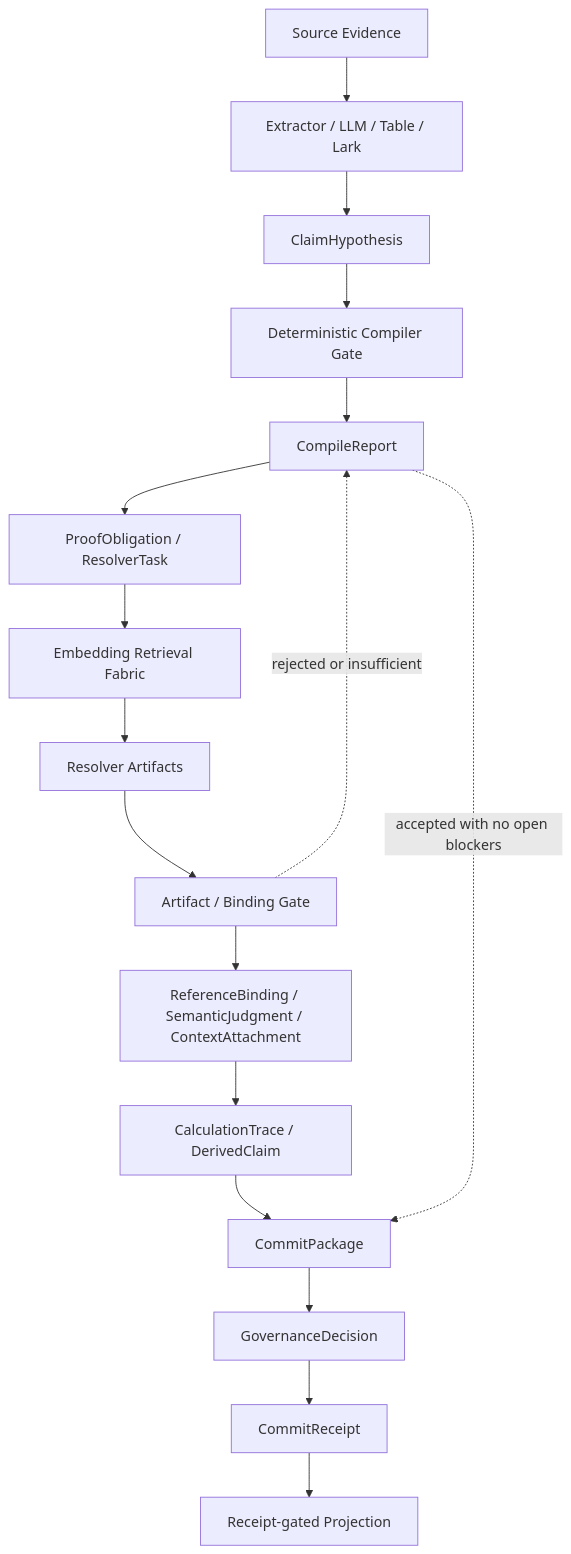
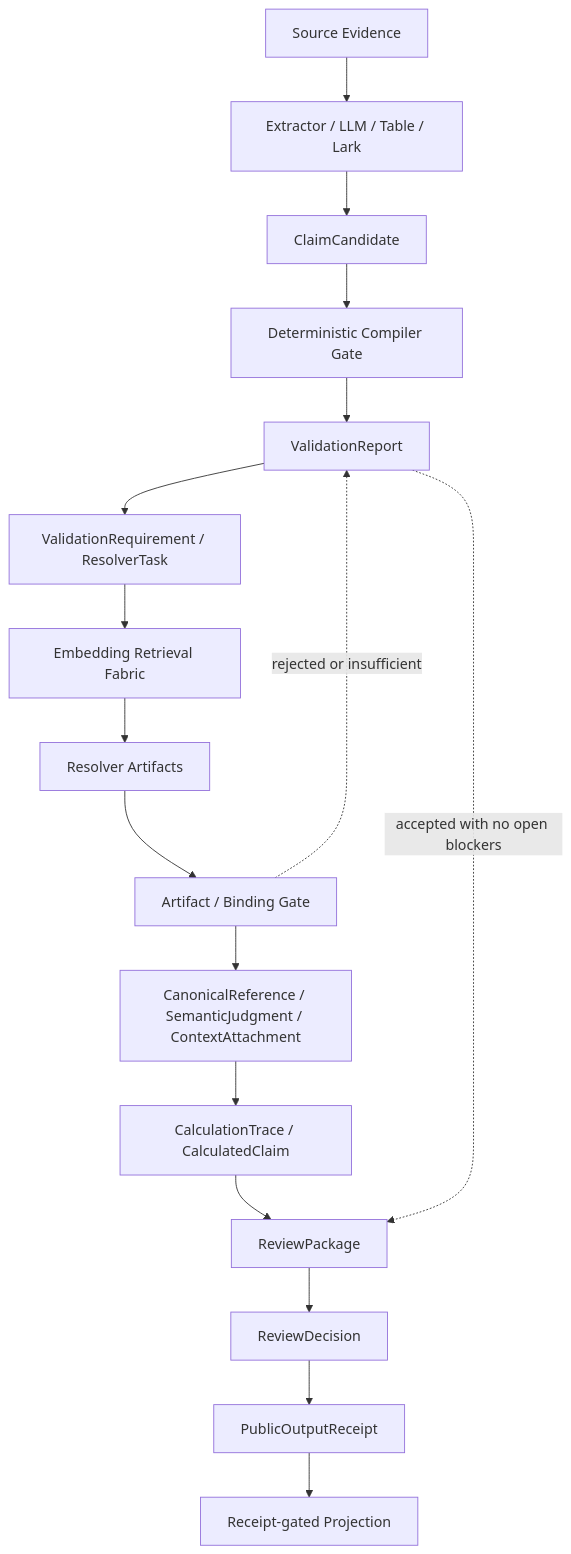
The first of 3 diagrams in docs/architecture/retrieval-fabric-north-star.md (minntcho/comp), drawn with Mermaid before and after one commit. The commit also changed other lines of this file and 139 other files, not shown here.

````diff
--- a/docs/architecture/retrieval-fabric-north-star.md
+++ b/docs/architecture/retrieval-fabric-north-star.md
@@ -51,36 +51,36 @@
 ```mermaid
 flowchart TD
     source["Source Evidence"]
     extractor["Extractor / LLM / Table / Lark"]
-    hypothesis["ClaimHypothesis"]
+    hypothesis["ClaimCandidate"]
     compiler1["Deterministic Compiler Gate"]
-    report["CompileReport"]
-    task["ProofObligation / ResolverTask"]
+    report["ValidationReport"]
+    task["ValidationRequirement / ResolverTask"]
     retrieval["Embedding Retrieval Fabric"]
     artifacts["Resolver Artifacts"]
     compiler2["Artifact / Binding Gate"]
-    binding["ReferenceBinding / SemanticJudgment / ContextAttachment"]
-    calculation["CalculationTrace / DerivedClaim"]
-    package["CommitPackage"]
-    governance["GovernanceDecision"]
-    receipt["CommitReceipt"]
+    binding["CanonicalReference / SemanticJudgment / ContextAttachment"]
+    calculation["CalculationTrace / CalculatedClaim"]
+    package["ReviewPackage"]
+    governance["ReviewDecision"]
+    receipt["PublicOutputReceipt"]
     projection["Receipt-gated Projection"]
 
     source --> extractor
     extractor --> hypothesis
     hypothesis --> compiler1
     compiler1 --> report
     report --> task
     task --> retrieval
     retrieval --> artifacts
     artifacts --> compiler2
     compiler2 --> binding
     binding --> calculation
     calculation --> package
     package --> governance
     governance --> receipt
     receipt --> projection
 
     report -. accepted with no open blockers .-> package
     compiler2 -. rejected or insufficient .-> report
 ```
````
